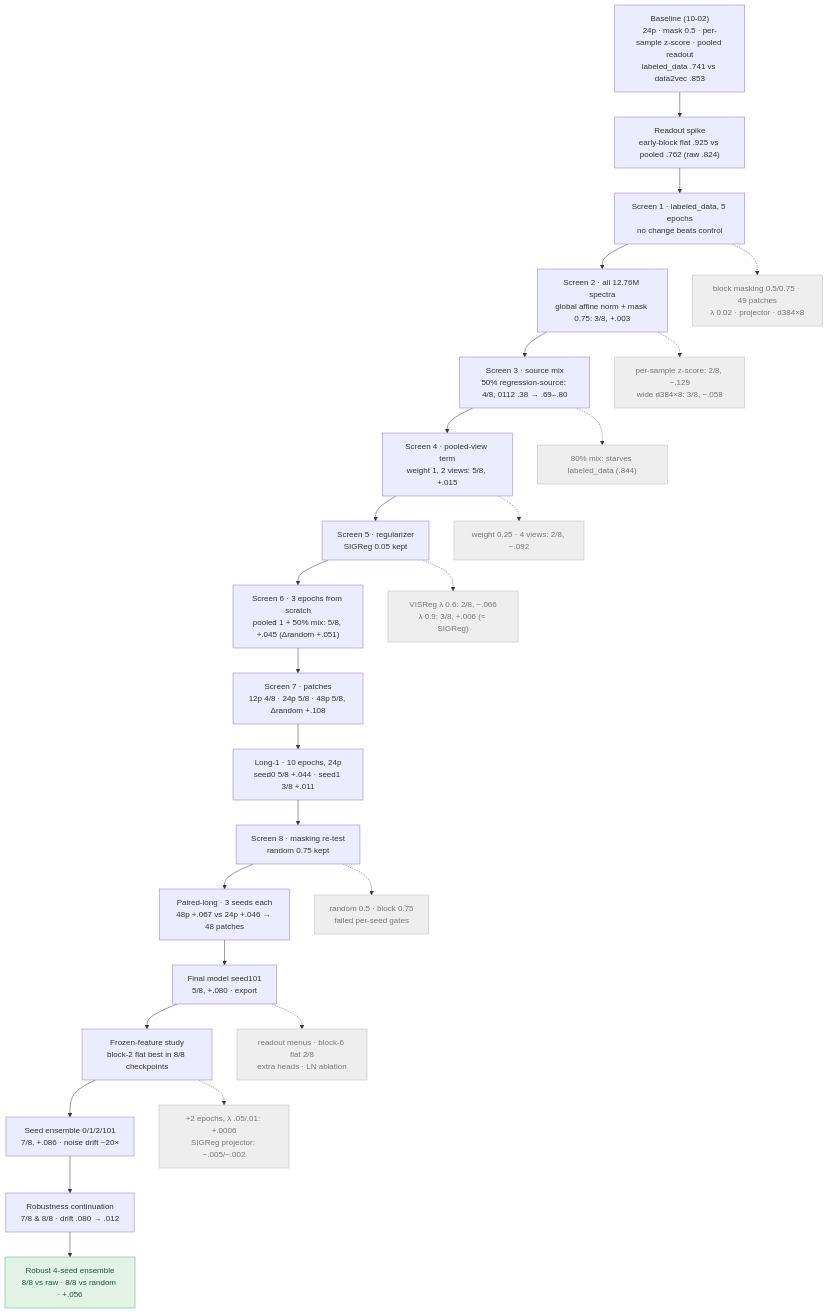
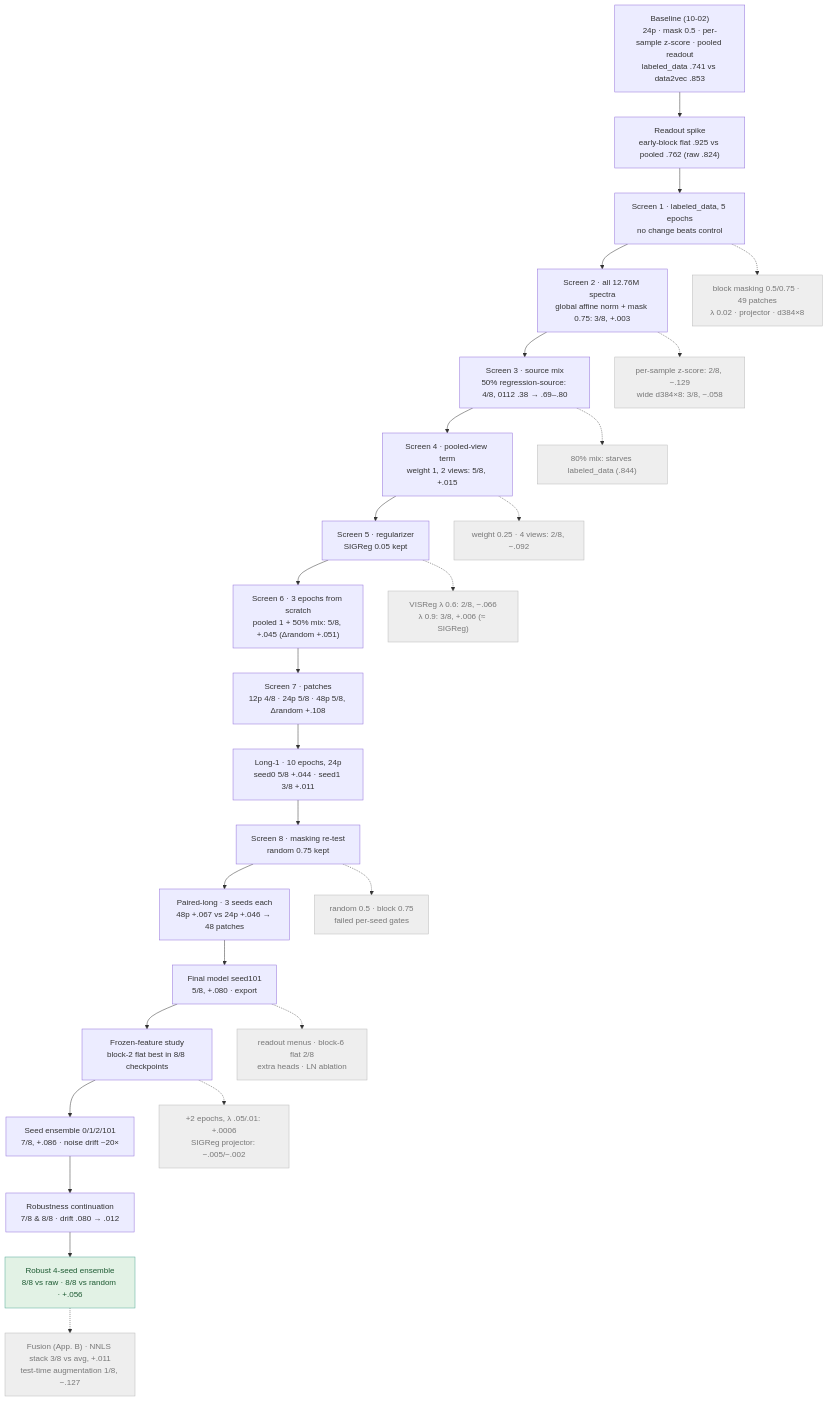
One commit to h-cohen/SpectralFM-jepa changed the fourth of 7 diagrams in docs/TRAINING_REPORT.md. Above: the diagram before and after it, drawn with Mermaid. The commit also changed other lines of this file and 1 other file, not shown here.

First line of the commit message:
report: Appendix B (ensemble fusion: stacking and test-time augmentation did not help); screening tree node

````diff
--- a/docs/TRAINING_REPORT.md
+++ b/docs/TRAINING_REPORT.md
@@ -127,32 +127,33 @@
 ```mermaid
 flowchart TB
     B0["Baseline (10-02)<br/>24p · mask 0.5 · per-sample z-score · pooled readout<br/>labeled_data .741 vs data2vec .853"] --> R0["Readout spike<br/>early-block flat .925 vs pooled .762 (raw .824)"]
     R0 --> S1["Screen 1 · labeled_data, 5 epochs<br/>no change beats control"]
     S1 --> S2["Screen 2 · all 12.76M spectra<br/>global affine norm + mask 0.75: 3/8, +.003"]
     S2 --> S3["Screen 3 · source mix<br/>50% regression-source: 4/8, 0112 .38 → .69–.80"]
     S3 --> S4["Screen 4 · pooled-view term<br/>weight 1, 2 views: 5/8, +.015"]
     S4 --> S5["Screen 5 · regularizer<br/>SIGReg 0.05 kept"]
     S5 --> S6["Screen 6 · 3 epochs from scratch<br/>pooled 1 + 50% mix: 5/8, +.045 (Δrandom +.051)"]
     S6 --> S7["Screen 7 · patches<br/>12p 4/8 · 24p 5/8 · 48p 5/8, Δrandom +.108"]
     S7 --> L1["Long-1 · 10 epochs, 24p<br/>seed0 5/8 +.044 · seed1 3/8 +.011"]
     L1 --> S8["Screen 8 · masking re-test<br/>random 0.75 kept"]
     S8 --> PL["Paired-long · 3 seeds each<br/>48p +.067 vs 24p +.046 → 48 patches"]
     PL --> FM["Final model seed101<br/>5/8, +.080 · export"]
     FM --> FF["Frozen-feature study<br/>block-2 flat best in 8/8 checkpoints"]
     FF --> SE["Seed ensemble 0/1/2/101<br/>7/8, +.086 · noise drift ~20×"]
     SE --> RC["Robustness continuation<br/>7/8 & 8/8 · drift .080 → .012"]
     RC --> RE["Robust 4-seed ensemble<br/>8/8 vs raw · 8/8 vs random · +.056"]
 
     S1 -.-> X1["block masking 0.5/0.75 · 49 patches<br/>λ 0.02 · projector · d384×8"]
     S2 -.-> X2["per-sample z-score: 2/8, −.129<br/>wide d384×8: 3/8, −.058"]
     S3 -.-> X3["80% mix: starves labeled_data (.844)"]
     S4 -.-> X4["weight 0.25 · 4 views: 2/8, −.092"]
     S5 -.-> X5["VISReg λ 0.6: 2/8, −.066<br/>λ 0.9: 3/8, +.006 (≈ SIGReg)"]
     S8 -.-> X8["random 0.5 · block 0.75<br/>failed per-seed gates"]
     FM -.-> X9["readout menus · block-6 flat 2/8<br/>extra heads · LN ablation"]
     FF -.-> X10["+2 epochs, λ .05/.01: +.0006<br/>SIGReg projector: −.005/−.002"]
+    RE -.-> X11["Fusion (App. B) · NNLS stack 3/8 vs avg, +.011<br/>test-time augmentation 1/8, −.127"]
     classDef drop fill:#eee,stroke:#bbb,color:#777
     classDef keep fill:#e2f2e5,stroke:#5a9,color:#1d5a32
-    class X1,X2,X3,X4,X5,X8,X9,X10 drop
+    class X1,X2,X3,X4,X5,X8,X9,X10,X11 drop
     class RE keep
 ```
````
